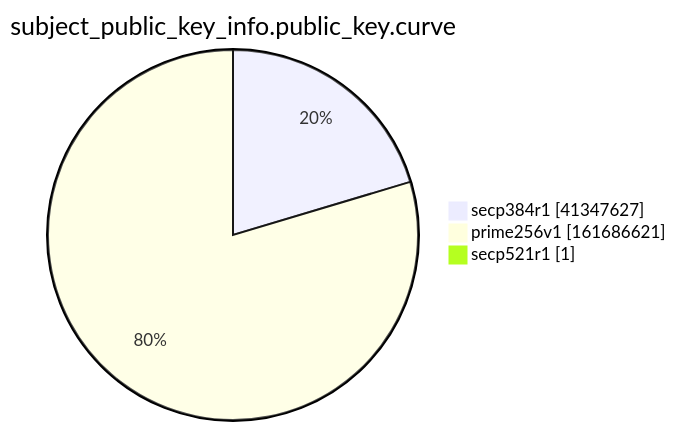
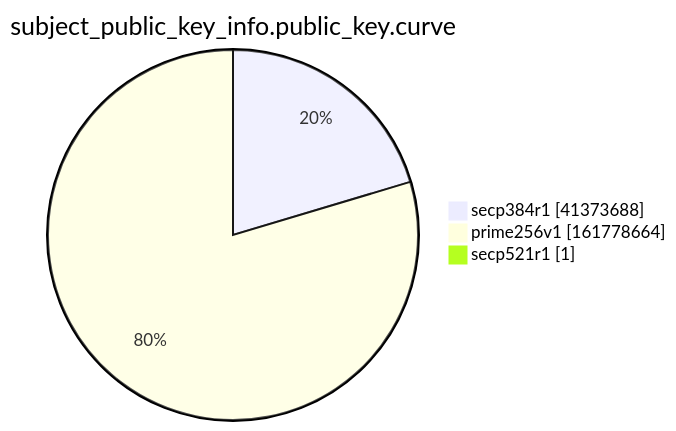
Before and after one commit to christiankrug/ctmonitor_visualization: the ninth of 15 diagrams in xenon2022/README.md, drawn with Mermaid. The commit also changed other lines of this file, not shown here.

````diff
--- a/xenon2022/README.md
+++ b/xenon2022/README.md
@@ -2868,7 +2868,7 @@
 ```mermaid
 pie showData
 title subject_public_key_info.public_key.curve
-"secp384r1" :41347627
-"prime256v1" :161686621
+"secp384r1" :41373688
+"prime256v1" :161778664
 "secp521r1" :1
 ```
````
